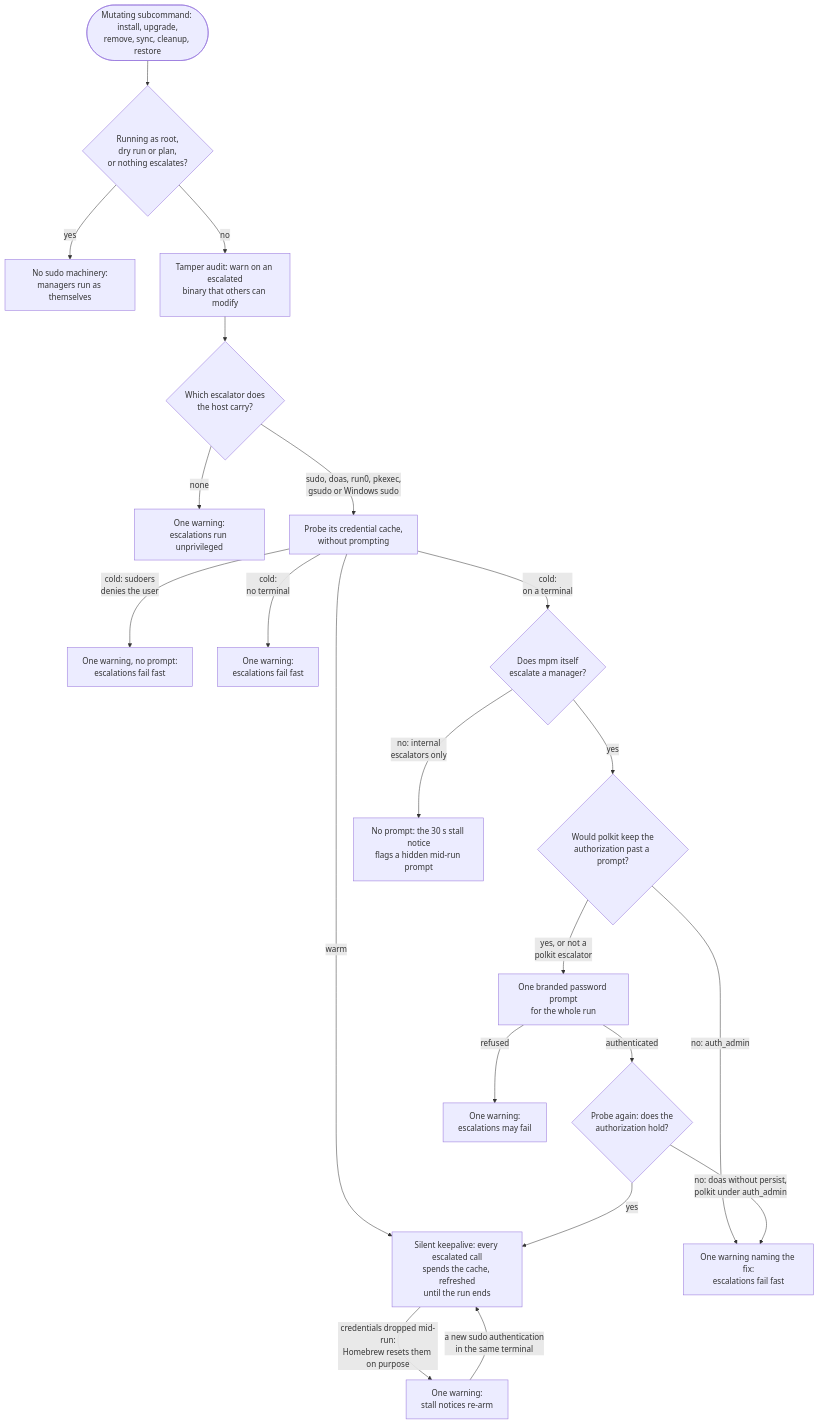
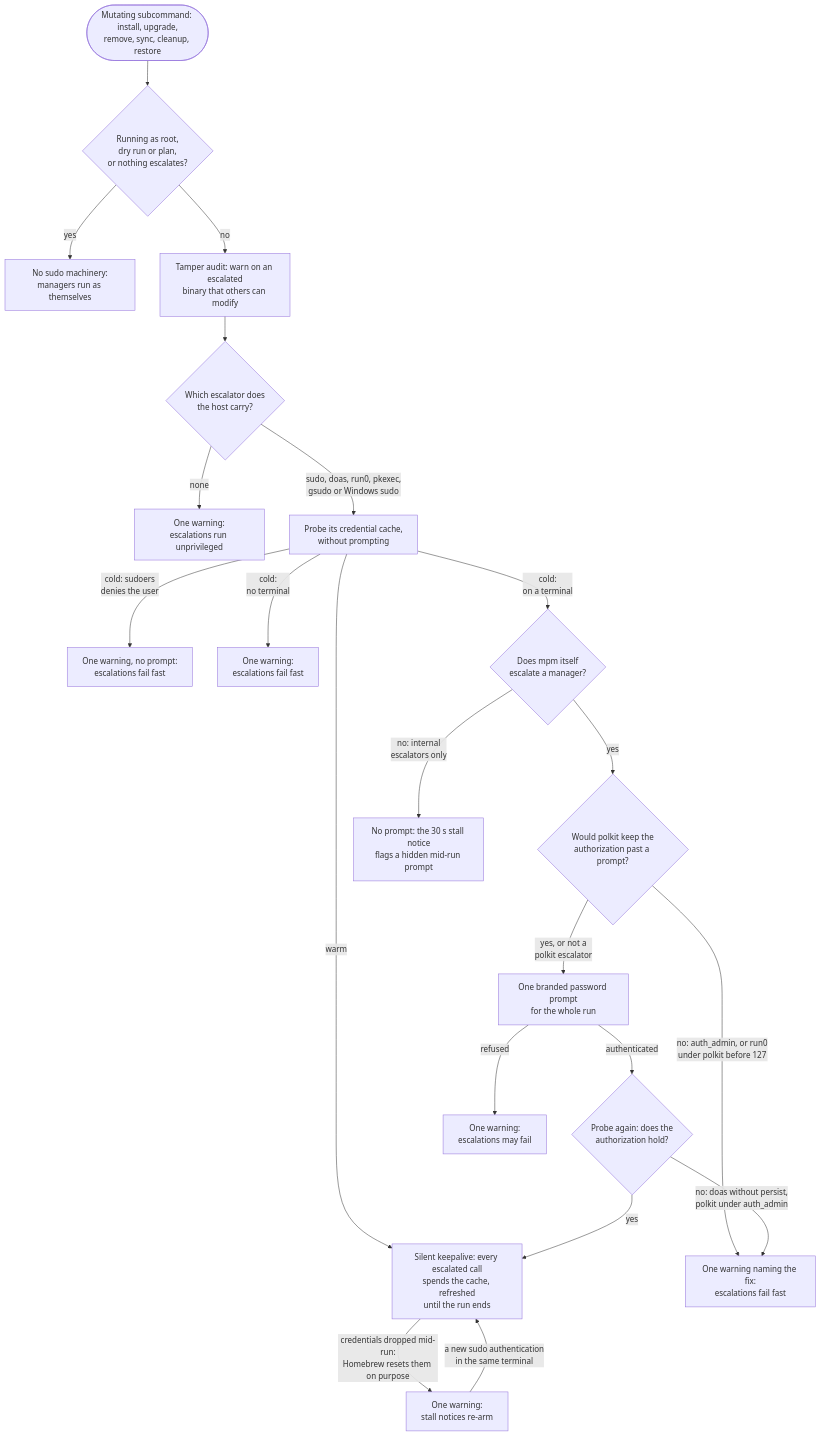
One commit to kdeldycke/meta-package-manager changed the diagram in docs/sudo.md. Above: the diagram before and after it, drawn with Mermaid. The commit also changed other lines of this file and 3 other files, not shown here.

Commit message:
Skip the `run0` prompt under a polkit older than `127`

````diff
--- a/docs/sudo.md
+++ b/docs/sudo.md
@@ -129,23 +129,23 @@
 ```mermaid
 flowchart TD
     begin(["Mutating subcommand: install, upgrade,<br/>remove, sync, cleanup, restore"]) --> skip{"Running as root,<br/>dry run or plan,<br/>or nothing escalates?"}
     skip -->|"yes"| bare["No sudo machinery:<br/>managers run as themselves"]
     skip -->|"no"| audit["Tamper audit: warn on an escalated<br/>binary that others can modify"]
     audit --> pick{"Which escalator does<br/>the host carry?"}
     pick -->|"none"| noesc["One warning:<br/>escalations run unprivileged"]
     pick -->|"sudo, doas, run0, pkexec,<br/>gsudo or Windows sudo"| probe["Probe its credential cache,<br/>without prompting"]
     probe -->|"warm"| keepalive["Silent keepalive: every escalated call<br/>spends the cache, refreshed<br/>until the run ends"]
     probe -->|"cold: sudoers<br/>denies the user"| denied["One warning, no prompt:<br/>escalations fail fast"]
     probe -->|"cold:<br/>no terminal"| notty["One warning:<br/>escalations fail fast"]
     probe -->|"cold:<br/>on a terminal"| who{"Does mpm itself<br/>escalate a manager?"}
     who -->|"yes"| kept{"Would polkit keep the<br/>authorization past a prompt?"}
     who -->|"no: internal<br/>escalators only"| stall["No prompt: the 30 s stall notice<br/>flags a hidden mid-run prompt"]
-    kept -->|"no: auth_admin"| nokeep["One warning naming the fix:<br/>escalations fail fast"]
+    kept -->|"no: auth_admin, or run0<br/>under polkit before 127"| nokeep["One warning naming the fix:<br/>escalations fail fast"]
     kept -->|"yes, or not a<br/>polkit escalator"| prompt["One branded password prompt<br/>for the whole run"]
     prompt -->|"authenticated"| reprobe{"Probe again: does the<br/>authorization hold?"}
     reprobe -->|"yes"| keepalive
     reprobe -->|"no: doas without persist,<br/>polkit under auth_admin"| nokeep
     prompt -->|"refused"| failed["One warning:<br/>escalations may fail"]
     keepalive -->|"credentials dropped mid-run:<br/>Homebrew resets them on purpose"| dropped["One warning:<br/>stall notices re-arm"]
     dropped -->|"a new sudo authentication<br/>in the same terminal"| keepalive
 ```
````
